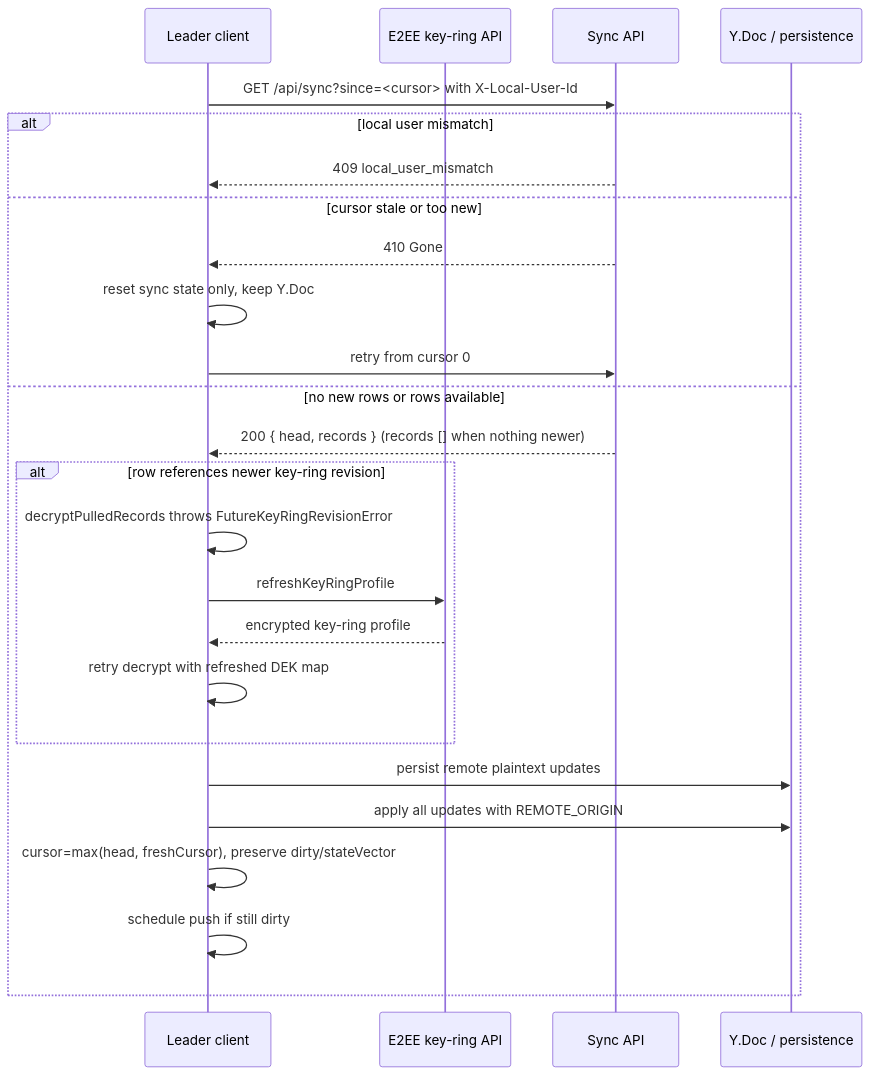
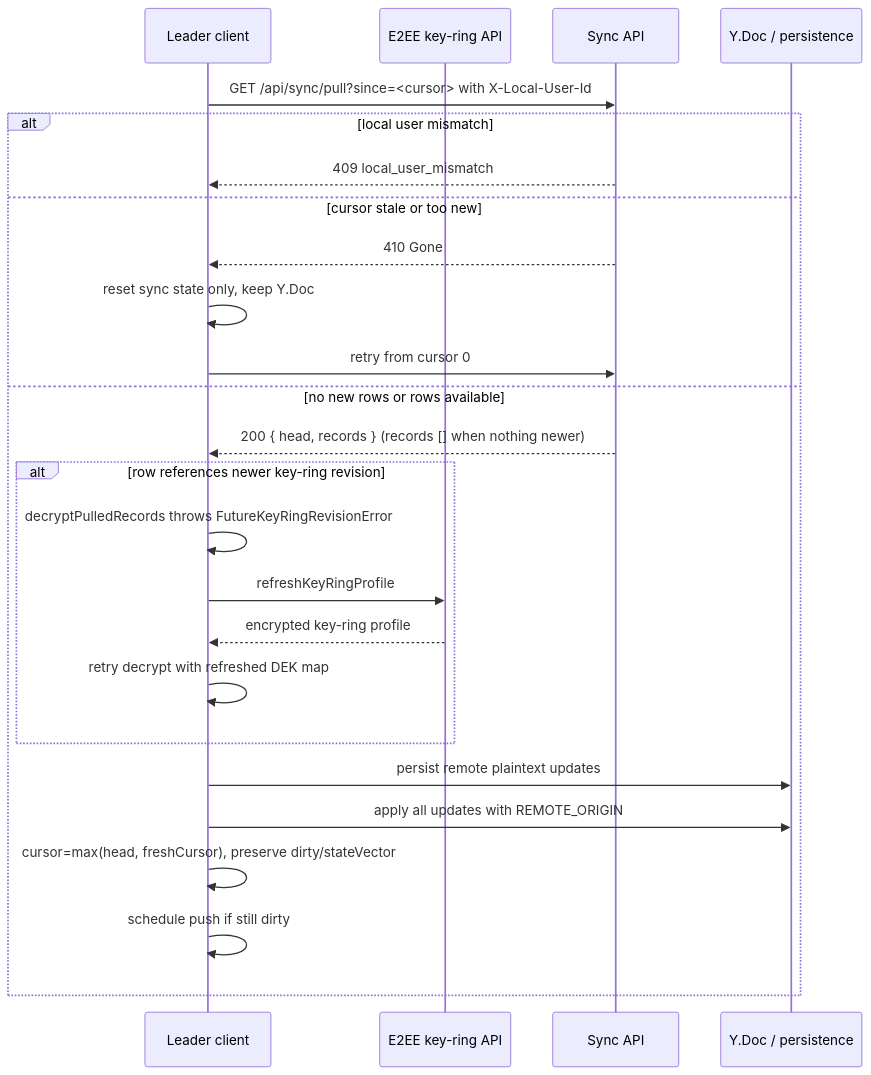
Before and after one commit to balakin/autokpo: the third of 7 diagrams in apps/app/docs/sync.md, drawn with Mermaid. The commit also changed other lines of this file and 4 other files, not shown here.

````diff
--- a/apps/app/docs/sync.md
+++ b/apps/app/docs/sync.md
@@ -114,28 +114,28 @@
 ```mermaid
 sequenceDiagram
   participant C as Leader client
   participant K as E2EE key-ring API
   participant S as Sync API
   participant D as Y.Doc / persistence
 
-  C->>S: GET /api/sync?since=<cursor> with X-Local-User-Id
+  C->>S: GET /api/sync/pull?since=<cursor> with X-Local-User-Id
   alt local user mismatch
     S-->>C: 409 local_user_mismatch
   else cursor stale or too new
     S-->>C: 410 Gone
     C->>C: reset sync state only, keep Y.Doc
     C->>S: retry from cursor 0
   else no new rows or rows available
     S-->>C: 200 { head, records } (records [] when nothing newer)
     alt row references newer key-ring revision
       C->>C: decryptPulledRecords throws FutureKeyRingRevisionError
       C->>K: refreshKeyRingProfile
       K-->>C: encrypted key-ring profile
       C->>C: retry decrypt with refreshed DEK map
     end
     C->>D: persist remote plaintext updates
     C->>D: apply all updates with REMOTE_ORIGIN
     C->>C: cursor=max(head, freshCursor), preserve dirty/stateVector
     C->>C: schedule push if still dirty
   end
 ```
````
